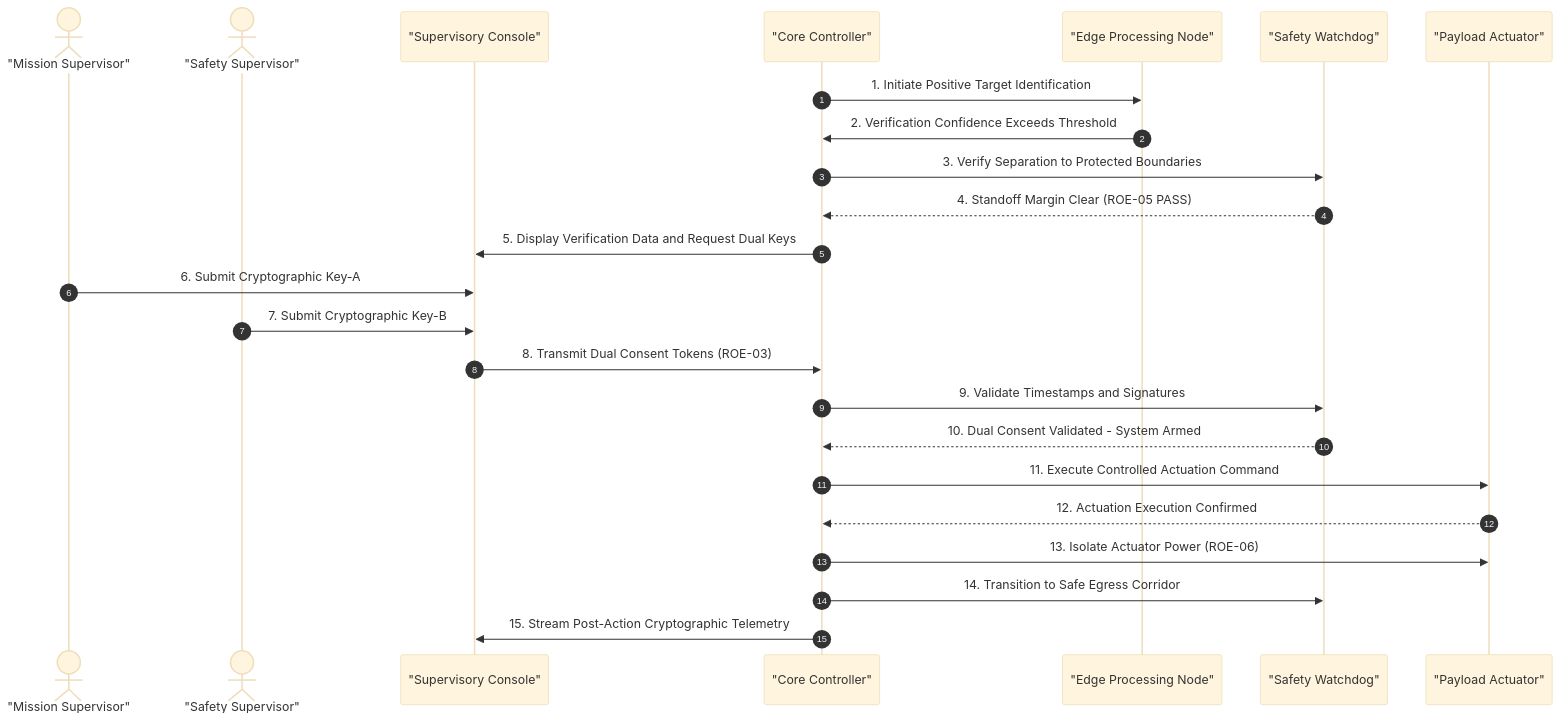
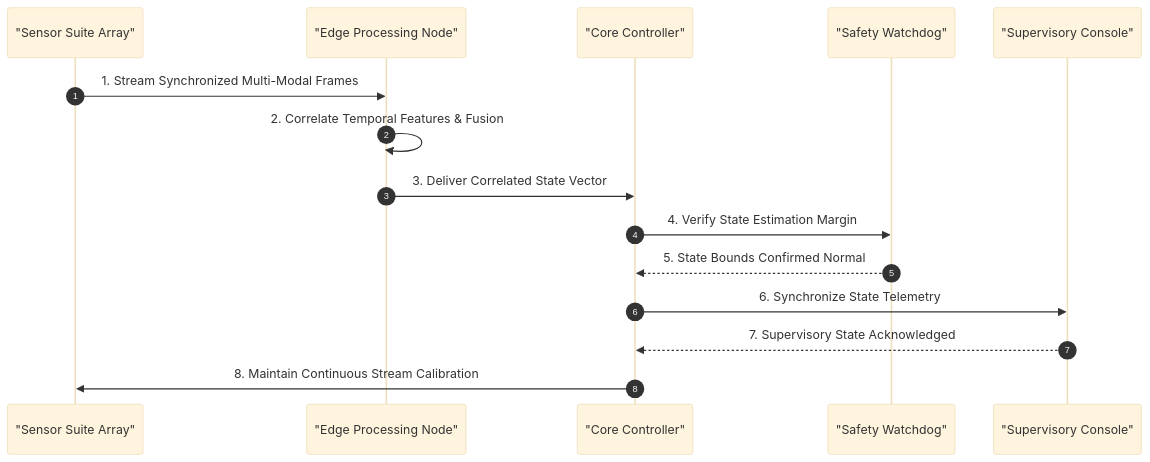
The fifth of 6 diagrams in skills/spec-conops-engineering/resources/units/conops/09_SCENARIOS_AND_TIMELINES.md (gintatkinson/DEAP-avionic-flight-safety), drawn with Mermaid (base theme) before and after one commit. The commit also changed other lines of this file and 256 other files, not shown here.

````diff
--- a/skills/spec-conops-engineering/resources/units/conops/09_SCENARIOS_AND_TIMELINES.md
+++ b/skills/spec-conops-engineering/resources/units/conops/09_SCENARIOS_AND_TIMELINES.md
@@ -183,27 +179,18 @@
 ```mermaid
 sequenceDiagram
     autonumber
-    actor MissionSup as "Mission Supervisor"
-    actor SafetySup as "Safety Supervisor"
+    participant Sensors as "Sensor Suite Array"
+    participant EdgeNode as "Edge Processing Node"
+    participant Controller as "Core Controller"
+    participant Watchdog as "Safety Watchdog"
     participant Console as "Supervisory Console"
-    participant Controller as "Core Controller"
-    participant EdgeNode as "Edge Processing Node"
-    participant Watchdog as "Safety Watchdog"
-    participant Actuator as "Payload Actuator"
 
-    Controller ->> EdgeNode: 1. Initiate Positive Target Identification
-    EdgeNode ->> Controller: 2. Verification Confidence Exceeds Threshold
-    Controller ->> Watchdog: 3. Verify Separation to Protected Boundaries
-    Watchdog -->> Controller: 4. Standoff Margin Clear (ROE-05 PASS)
-    Controller ->> Console: 5. Display Verification Data and Request Dual Keys
-    MissionSup ->> Console: 6. Submit Cryptographic Key-A
-    SafetySup ->> Console: 7. Submit Cryptographic Key-B
-    Console ->> Controller: 8. Transmit Dual Consent Tokens (ROE-03)
-    Controller ->> Watchdog: 9. Validate Timestamps and Signatures
-    Watchdog -->> Controller: 10. Dual Consent Validated - System Armed
-    Controller ->> Actuator: 11. Execute Controlled Actuation Command
-    Actuator -->> Controller: 12. Actuation Execution Confirmed
-    Controller ->> Actuator: 13. Isolate Actuator Power (ROE-06)
-    Controller ->> Watchdog: 14. Transition to Safe Egress Corridor
-    Controller ->> Console: 15. Stream Post-Action Cryptographic Telemetry
+    Sensors ->> EdgeNode: 1. Stream Synchronized Multi-Modal Frames
+    EdgeNode ->> EdgeNode: 2. Correlate Temporal Features & Fusion
+    EdgeNode ->> Controller: 3. Deliver Correlated State Vector
+    Controller ->> Watchdog: 4. Verify State Estimation Margin
+    Watchdog -->> Controller: 5. State Bounds Confirmed Normal
+    Controller ->> Console: 6. Synchronize State Telemetry
+    Console -->> Controller: 7. Supervisory State Acknowledged
+    Controller ->> Sensors: 8. Maintain Continuous Stream Calibration
 ```
````
